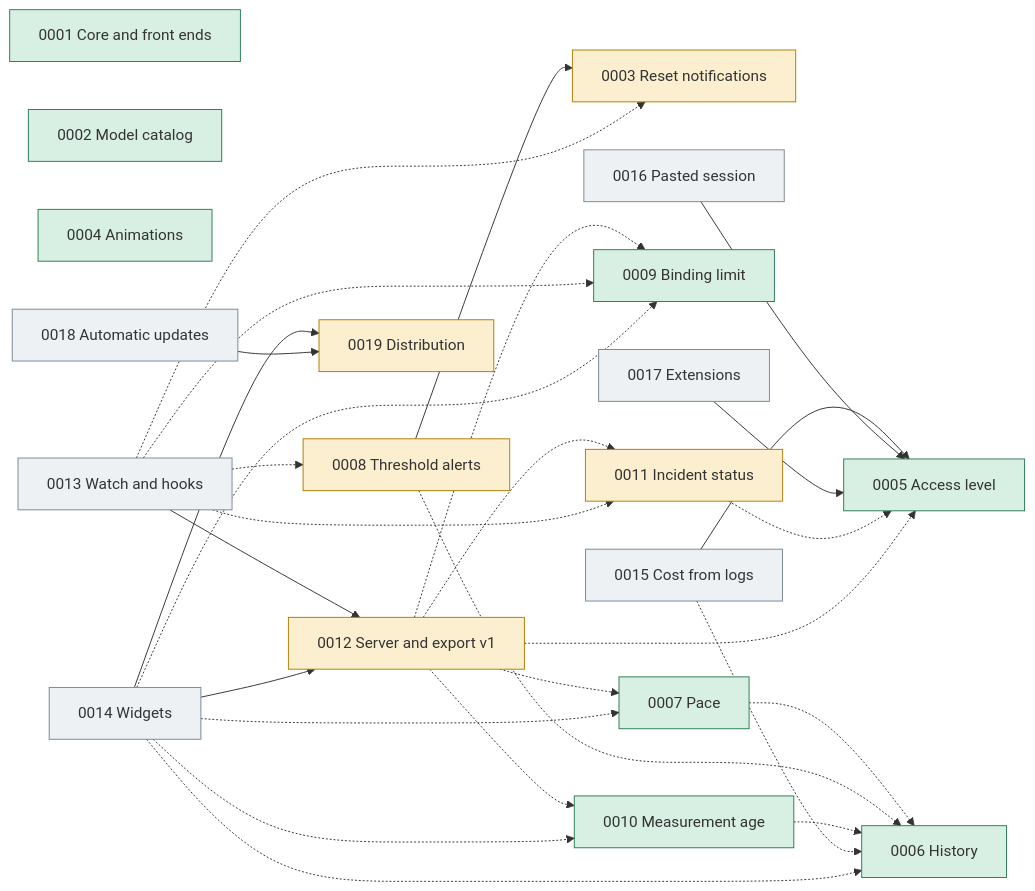
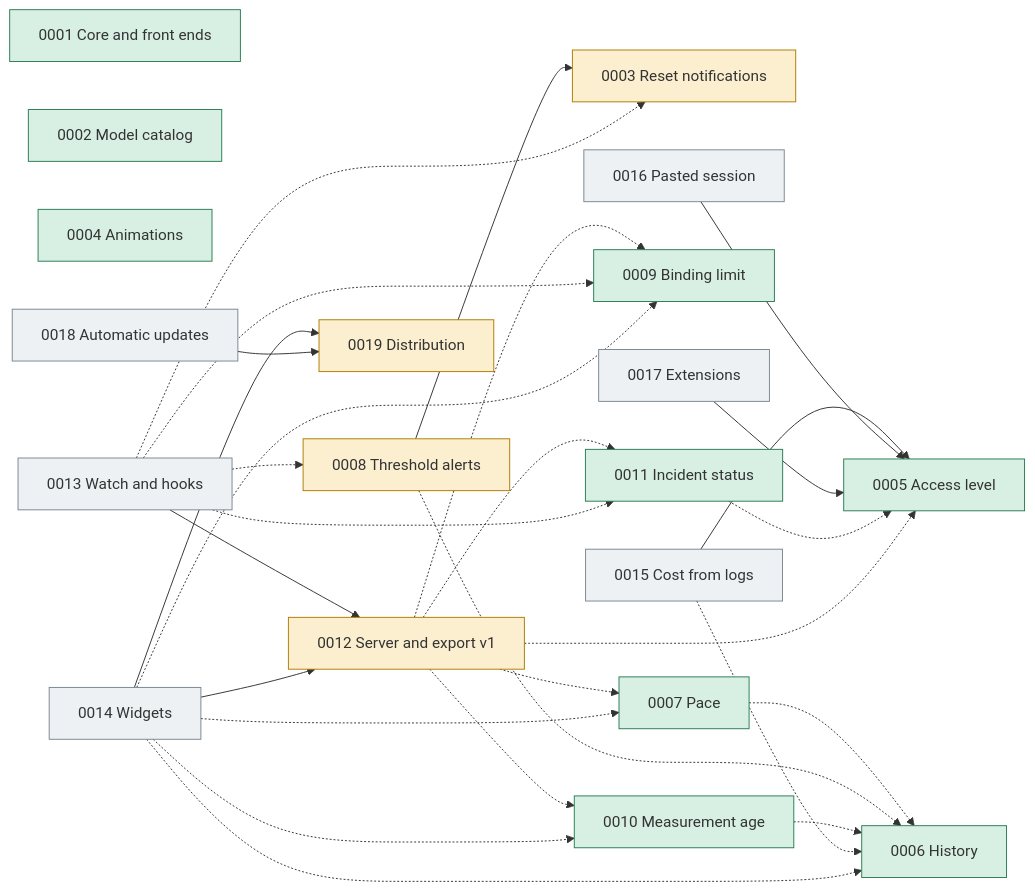
One commit to jmarcon/cuotai changed the diagram in docs/plans/0000_control.md. Above: the diagram before and after it, drawn with Mermaid. The commit also changed other lines of this file and 19 other files, not shown here.

First line of the commit message:
feat(tui): show provider incident status behind an opt-in --status flag

````diff
--- a/docs/plans/0000_control.md
+++ b/docs/plans/0000_control.md
@@ -101,54 +102,54 @@
 ```mermaid
 graph LR
   classDef done fill:#d8f0e4,stroke:#2a7d55
   classDef wip fill:#fbefcf,stroke:#b07d00
   classDef todo fill:#eef1f4,stroke:#7a8794
 
   P1["0001 Core and front ends"]:::done
   P2["0002 Model catalog"]:::done
   P3["0003 Reset notifications"]:::wip
   P4["0004 Animations"]:::done
   P5["0005 Access level"]:::done
   P6["0006 History"]:::done
   P7["0007 Pace"]:::done
   P8["0008 Threshold alerts"]:::wip
   P9["0009 Binding limit"]:::done
   P10["0010 Measurement age"]:::done
-  P11["0011 Incident status"]:::wip
+  P11["0011 Incident status"]:::done
   P12["0012 Server and export v1"]:::wip
   P13["0013 Watch and hooks"]:::todo
   P14["0014 Widgets"]:::todo
   P15["0015 Cost from logs"]:::todo
   P16["0016 Pasted session"]:::todo
   P17["0017 Extensions"]:::todo
   P18["0018 Automatic updates"]:::todo
   P19["0019 Distribution"]:::wip
 
   P8 --> P3
   P13 --> P12
   P14 --> P12
   P14 --> P19
   P15 --> P5
   P16 --> P5
   P17 --> P5
   P18 --> P19
 
   P7 -.-> P6
   P8 -.-> P6
   P10 -.-> P6
   P11 -.-> P5
   P15 -.-> P6
   P12 -.-> P5
   P12 -.-> P7
   P12 -.-> P9
   P12 -.-> P10
   P12 -.-> P11
   P13 -.-> P3
   P13 -.-> P8
   P13 -.-> P9
   P13 -.-> P11
   P14 -.-> P6
   P14 -.-> P7
   P14 -.-> P9
   P14 -.-> P10
 ```
````
